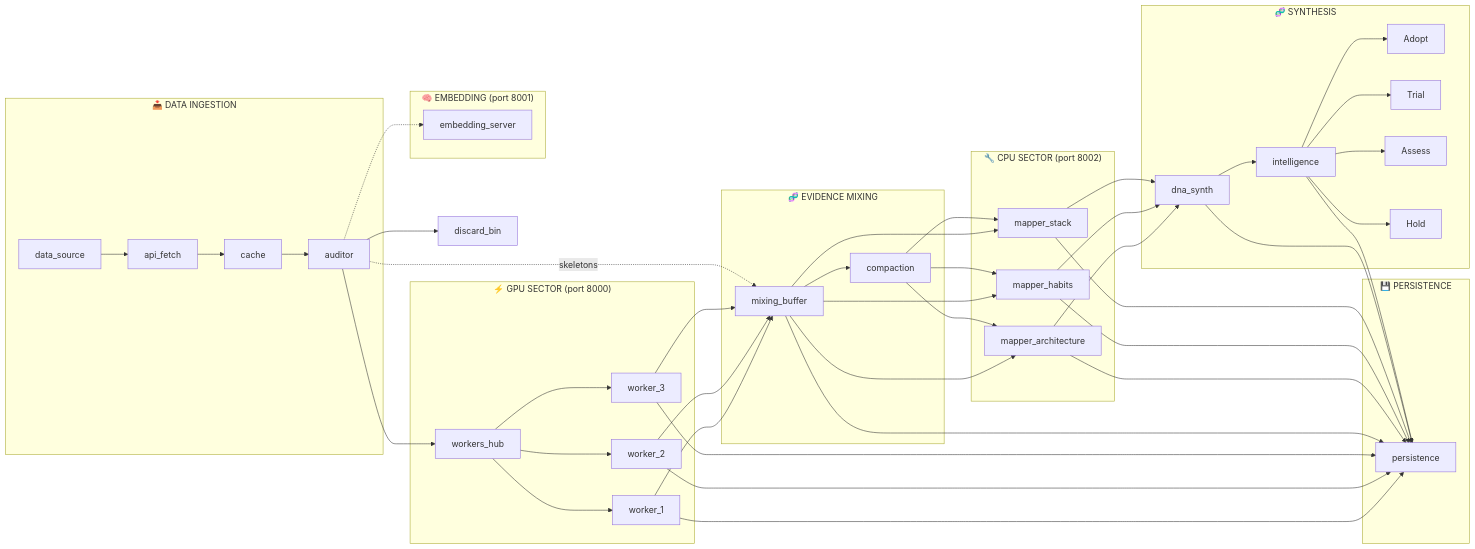
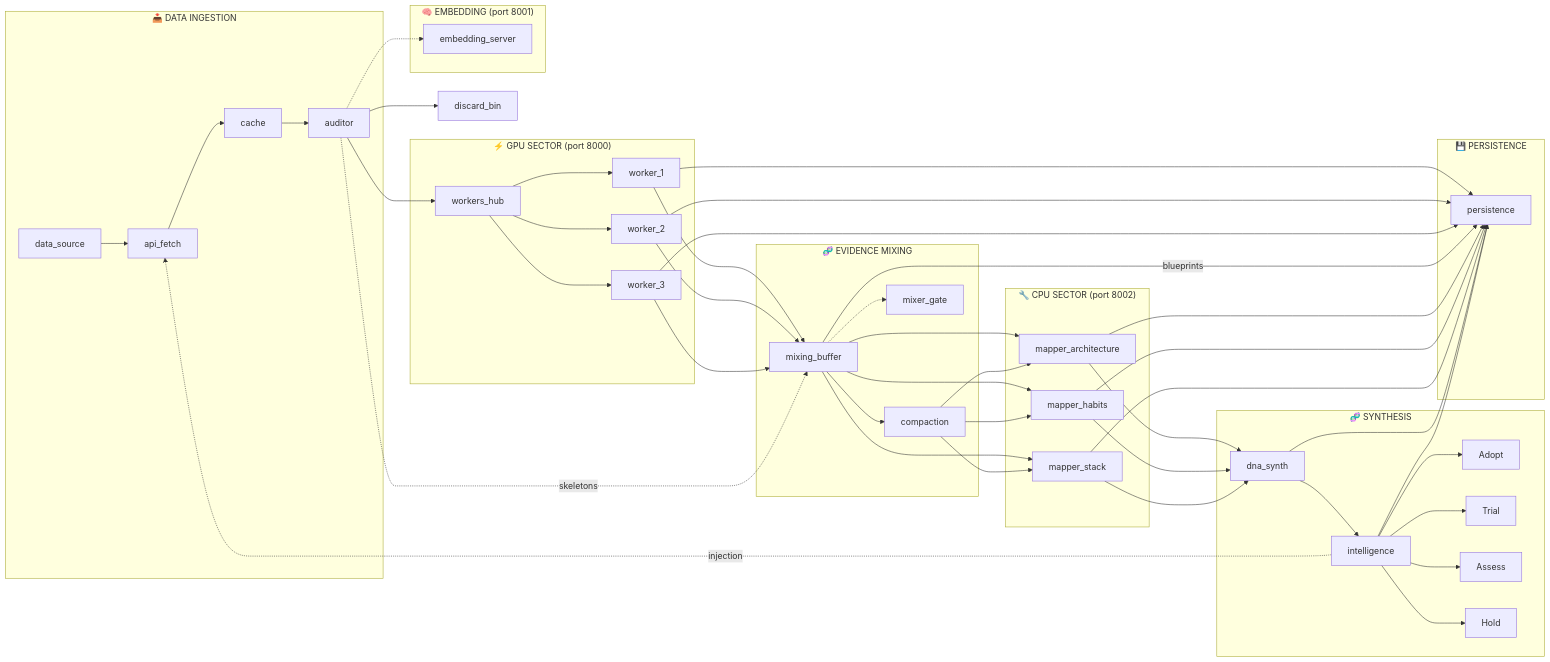
One commit to mauro3422/GitTeach changed the diagram in docs/flujo_dato.md. Above: the diagram before and after it, drawn with Mermaid. The commit also changed other lines of this file and 23 other files, not shown here.

````diff
--- a/docs/flujo_dato.md
+++ b/docs/flujo_dato.md
@@ -12,49 +12,51 @@
 ```mermaid
 graph LR
     subgraph INGEST["📥 DATA INGESTION"]
         A[data_source] --> B[api_fetch]
         B --> C[cache]
         C --> D[auditor]
     end
     
     subgraph GPU["⚡ GPU SECTOR (port 8000)"]
         D --> E[workers_hub]
         E --> E1[worker_1]
         E --> E2[worker_2]
         E --> E3[worker_3]
     end
     
     subgraph EMBED["🧠 EMBEDDING (port 8001)"]
         D -.-> EMB[embedding_server]
     end
     
     subgraph MIX["🧬 EVIDENCE MIXING"]
         E1 & E2 & E3 --> F[mixing_buffer]
         D -.-> |skeletons| F
         F --> G[compaction]
+        F -.-> GATE[mixer_gate]
     end
     
     subgraph CPU["🔧 CPU SECTOR (port 8002)"]
         F & G --> M1[mapper_architecture]
         F & G --> M2[mapper_habits]
         F & G --> M3[mapper_stack]
     end
     
     subgraph SYNTH["🧬 SYNTHESIS"]
         M1 & M2 & M3 --> H[dna_synth]
         H --> I[intelligence]
         I --> R1[Adopt]
         I --> R2[Trial]
         I --> R3[Assess]
         I --> R4[Hold]
     end
     
     subgraph PERSIST["💾 PERSISTENCE"]
         E1 & E2 & E3 --> P[persistence]
-        F --> P
+        F --> |blueprints| P
         M1 & M2 & M3 --> P
         H & I --> P
     end
     
+    I -.-> |injection| B
     D --> X[discard_bin]
 ```
````
